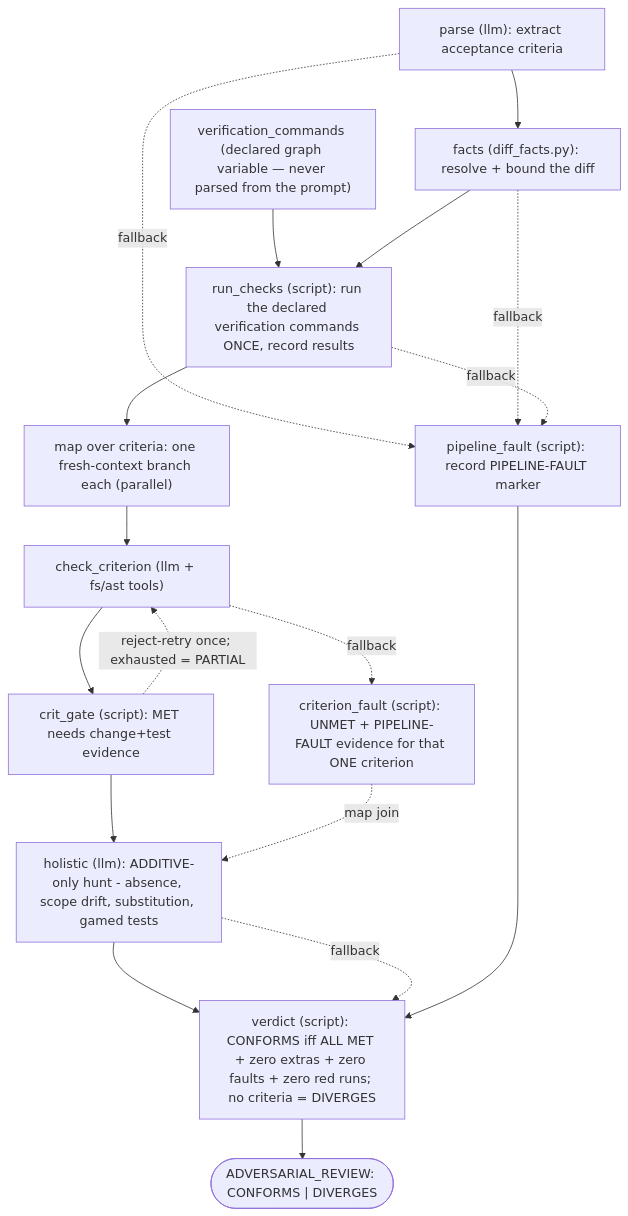
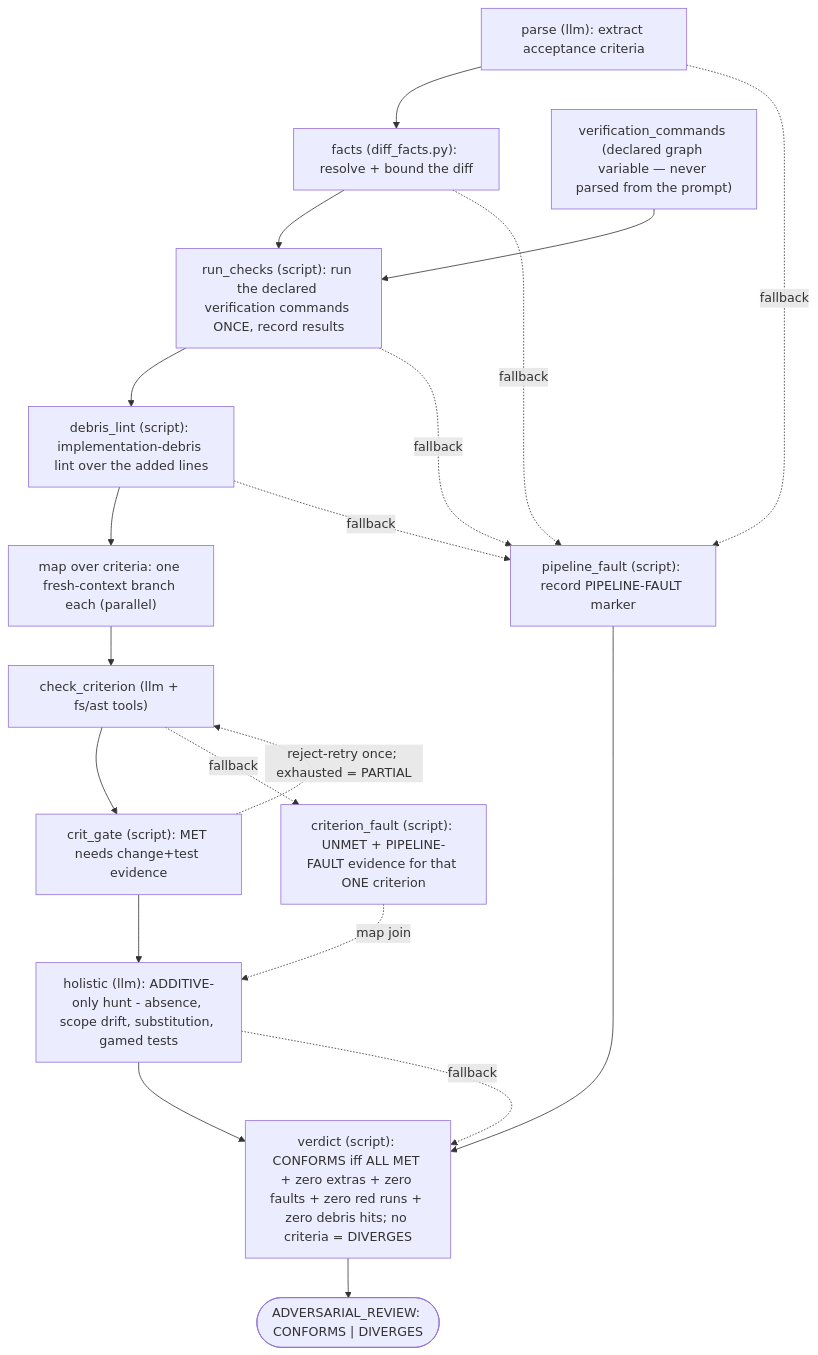
The diagram in assets/agents/adversary/README.md (Dark-Alex-17/coyote), drawn with Mermaid before and after one commit. The commit also changed other lines of this file and 45 other files, not shown here.

Commit message:
feat: Improved code review suite with design pattern passes, comment hygiene, and post-implementation debris cleanup/hygiene

````diff
--- a/assets/agents/adversary/README.md
+++ b/assets/agents/adversary/README.md
@@ -71,20 +88,22 @@
 ```mermaid
 flowchart TD
     A["parse (llm): extract acceptance criteria"] --> B["facts (diff_facts.py): resolve + bound the diff"]
     V["verification_commands (declared graph variable — never parsed from the prompt)"] --> R
     B --> R["run_checks (script): run the declared verification commands ONCE, record results"]
-    R --> C["map over criteria: one fresh-context branch each (parallel)"]
+    R --> L["debris_lint (script): implementation-debris lint over the added lines"]
+    L --> C["map over criteria: one fresh-context branch each (parallel)"]
     C --> D["check_criterion (llm + fs/ast tools)"]
     D --> E["crit_gate (script): MET needs change+test evidence"]
     E -. "reject-retry once; exhausted = PARTIAL" .-> D
     E --> F["holistic (llm): ADDITIVE-only hunt - absence, scope drift, substitution, gamed tests"]
-    F --> G["verdict (script): CONFORMS iff ALL MET + zero extras + zero faults + zero red runs; no criteria = DIVERGES"]
+    F --> G["verdict (script): CONFORMS iff ALL MET + zero extras + zero faults + zero red runs + zero debris hits; no criteria = DIVERGES"]
     G --> H(["ADVERSARIAL_REVIEW: CONFORMS | DIVERGES"])
     A -. "fallback" .-> P["pipeline_fault (script): record PIPELINE-FAULT marker"]
     B -. "fallback" .-> P
     R -. "fallback" .-> P
+    L -. "fallback" .-> P
     D -. "fallback" .-> CF["criterion_fault (script): UNMET + PIPELINE-FAULT evidence for that ONE criterion"]
     CF -. "map join" .-> F
     F -. "fallback" .-> G
     P --> G
 ```
````
